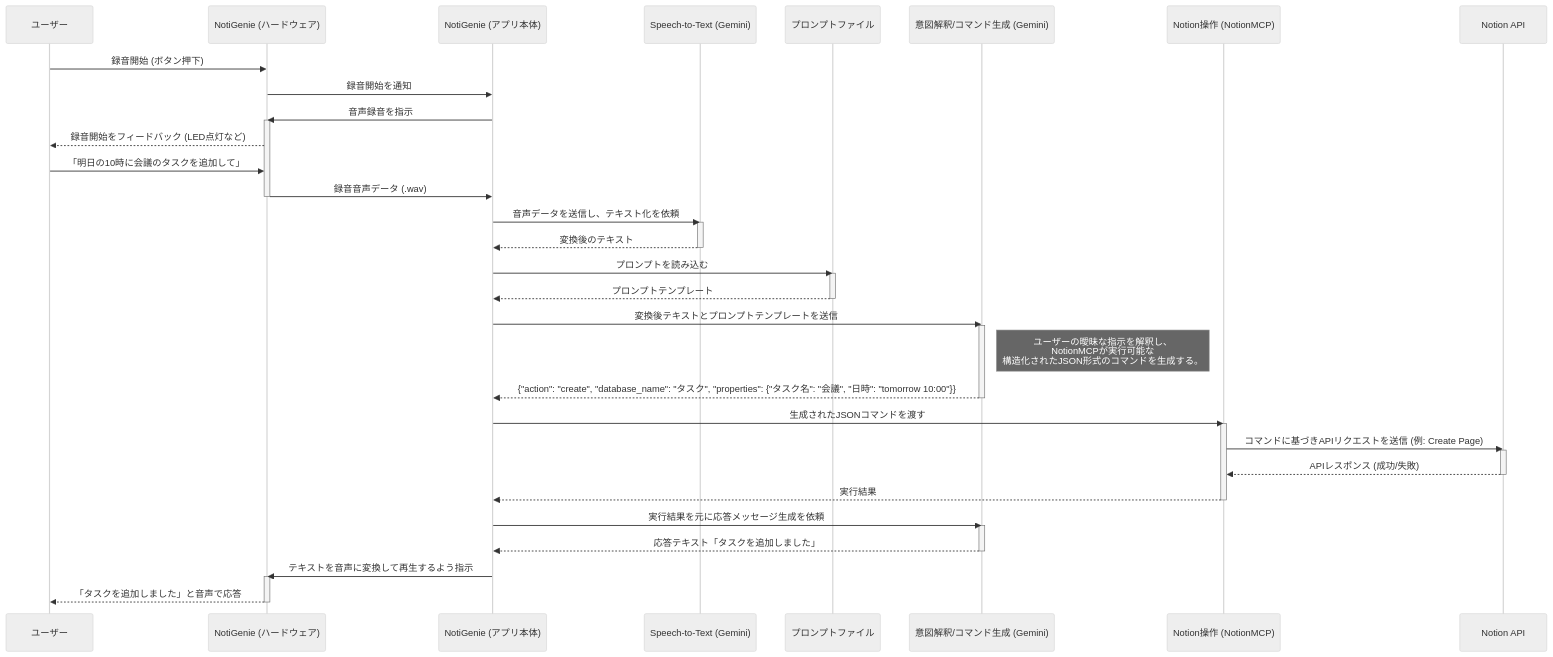
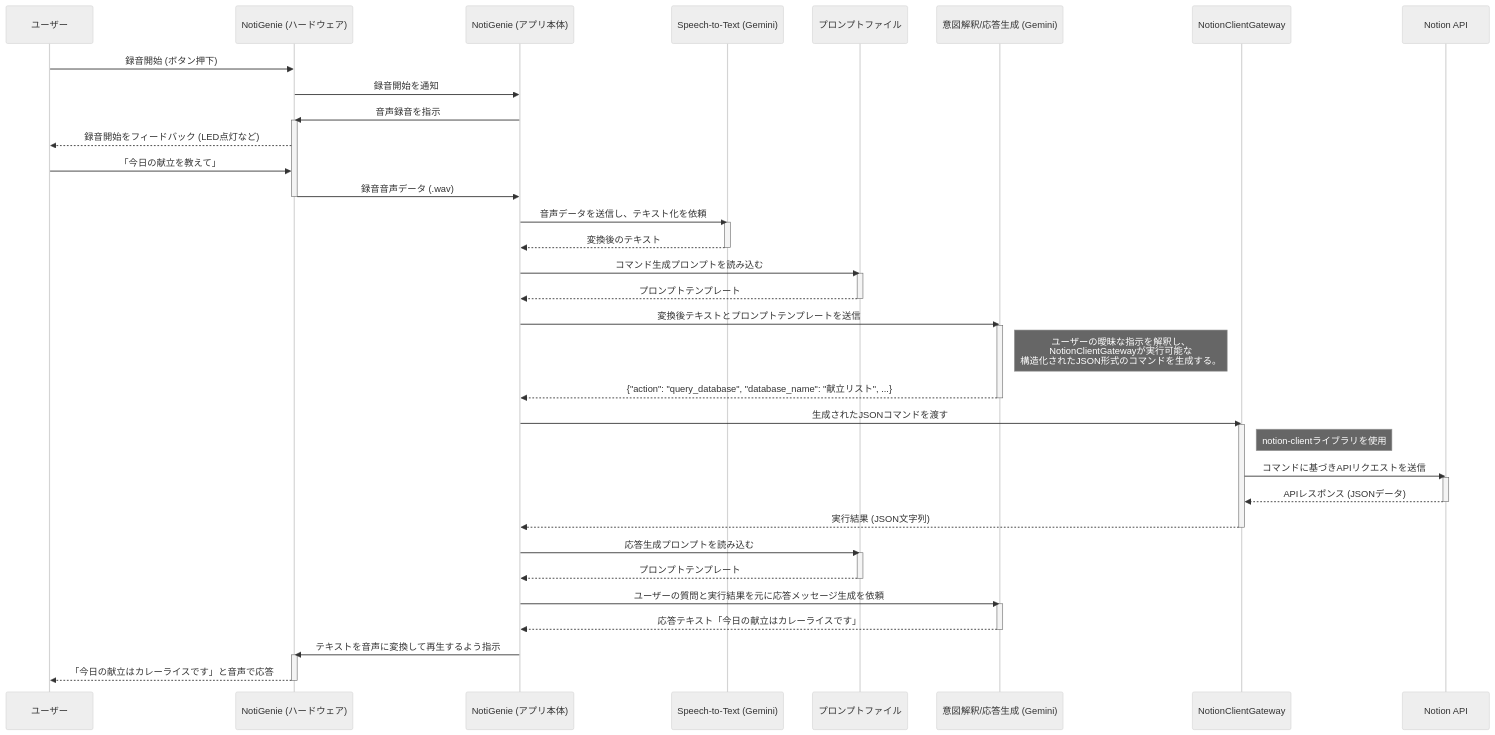
Before and after one commit to t-kajimoto/NotiGenie: the diagram in docs/design/application_flow_design.md, drawn with Mermaid (neutral theme). The commit also changed other lines of this file and 18 other files, not shown here.

````diff
--- a/docs/design/application_flow_design.md
+++ b/docs/design/application_flow_design.md
@@ -15,59 +15,65 @@
 ```mermaid
 sequenceDiagram
     participant User as ユーザー
     participant NotiGenie_HW as NotiGenie (ハードウェア)
     participant NotiGenie_App as NotiGenie (アプリ本体)
     participant Gemini_STT as Speech-to-Text (Gemini)
     participant PromptFile as プロンプトファイル
-    participant Gemini_LLM as 意図解釈/コマンド生成 (Gemini)
-    participant NotionMCP as Notion操作 (NotionMCP)
+    participant Gemini_LLM as 意図解釈/応答生成 (Gemini)
+    participant NotionClientGW as NotionClientGateway
     participant NotionAPI as Notion API
 
     %% 1. 録音開始から音声テキスト化まで %%
     User->>NotiGenie_HW: 録音開始 (ボタン押下)
     NotiGenie_HW->>NotiGenie_App: 録音開始を通知
     NotiGenie_App->>NotiGenie_HW: 音声録音を指示
     activate NotiGenie_HW
     NotiGenie_HW-->>User: 録音開始をフィードバック (LED点灯など)
-    User->>NotiGenie_HW: 「明日の10時に会議のタスクを追加して」
+    User->>NotiGenie_HW: 「今日の献立を教えて」
     NotiGenie_HW->>NotiGenie_App: 録音音声データ (.wav)
     deactivate NotiGenie_HW
 
     NotiGenie_App->>Gemini_STT: 音声データを送信し、テキスト化を依頼
     activate Gemini_STT
     Gemini_STT-->>NotiGenie_App: 変換後のテキスト
     deactivate Gemini_STT
 
     %% 2. 意図解釈とNotion操作コマンド生成 %%
-    NotiGenie_App->>PromptFile: プロンプトを読み込む
+    NotiGenie_App->>PromptFile: コマンド生成プロンプトを読み込む
     activate PromptFile
     PromptFile-->>NotiGenie_App: プロンプトテンプレート
     deactivate PromptFile
 
     NotiGenie_App->>Gemini_LLM: 変換後テキストとプロンプトテンプレートを送信
     activate Gemini_LLM
-    note right of Gemini_LLM: ユーザーの曖昧な指示を解釈し、<br/>NotionMCPが実行可能な<br/>構造化されたJSON形式のコマンドを生成する。
-    Gemini_LLM-->>NotiGenie_App: {"action": "create", "database_name": "タスク", "properties": {"タスク名": "会議", "日時": "tomorrow 10:00"}}
+    note right of Gemini_LLM: ユーザーの曖昧な指示を解釈し、<br/>NotionClientGatewayが実行可能な<br/>構造化されたJSON形式のコマンドを生成する。
+    Gemini_LLM-->>NotiGenie_App: {"action": "query_database", "database_name": "献立リスト", ...}
     deactivate Gemini_LLM
 
     %% 3. Notion操作の実行 %%
-    NotiGenie_App->>NotionMCP: 生成されたJSONコマンドを渡す
-    activate NotionMCP
-    NotionMCP->>NotionAPI: コマンドに基づきAPIリクエストを送信 (例: Create Page)
+    NotiGenie_App->>NotionClientGW: 生成されたJSONコマンドを渡す
+    activate NotionClientGW
+    note right of NotionClientGW: notion-clientライブラリを使用
+    NotionClientGW->>NotionAPI: コマンドに基づきAPIリクエストを送信
     activate NotionAPI
-    NotionAPI-->>NotionMCP: APIレスポンス (成功/失敗)
+    NotionAPI-->>NotionClientGW: APIレスポンス (JSONデータ)
     deactivate NotionAPI
-    NotionMCP-->>NotiGenie_App: 実行結果
-    deactivate NotionMCP
+    NotionClientGW-->>NotiGenie_App: 実行結果 (JSON文字列)
+    deactivate NotionClientGW
 
     %% 4. ユーザーへのフィードバック %%
-    NotiGenie_App->>Gemini_LLM: 実行結果を元に応答メッセージ生成を依頼
+    NotiGenie_App->>PromptFile: 応答生成プロンプトを読み込む
+    activate PromptFile
+    PromptFile-->>NotiGenie_App: プロンプトテンプレート
+    deactivate PromptFile
+
+    NotiGenie_App->>Gemini_LLM: ユーザーの質問と実行結果を元に応答メッセージ生成を依頼
     activate Gemini_LLM
-    Gemini_LLM-->>NotiGenie_App: 応答テキスト「タスクを追加しました」
+    Gemini_LLM-->>NotiGenie_App: 応答テキスト「今日の献立はカレーライスです」
     deactivate Gemini_LLM
 
     NotiGenie_App->>NotiGenie_HW: テキストを音声に変換して再生するよう指示
     activate NotiGenie_HW
-    NotiGenie_HW-->>User: 「タスクを追加しました」と音声で応答
+    NotiGenie_HW-->>User: 「今日の献立はカレーライスです」と音声で応答
     deactivate NotiGenie_HW
 ```
````
